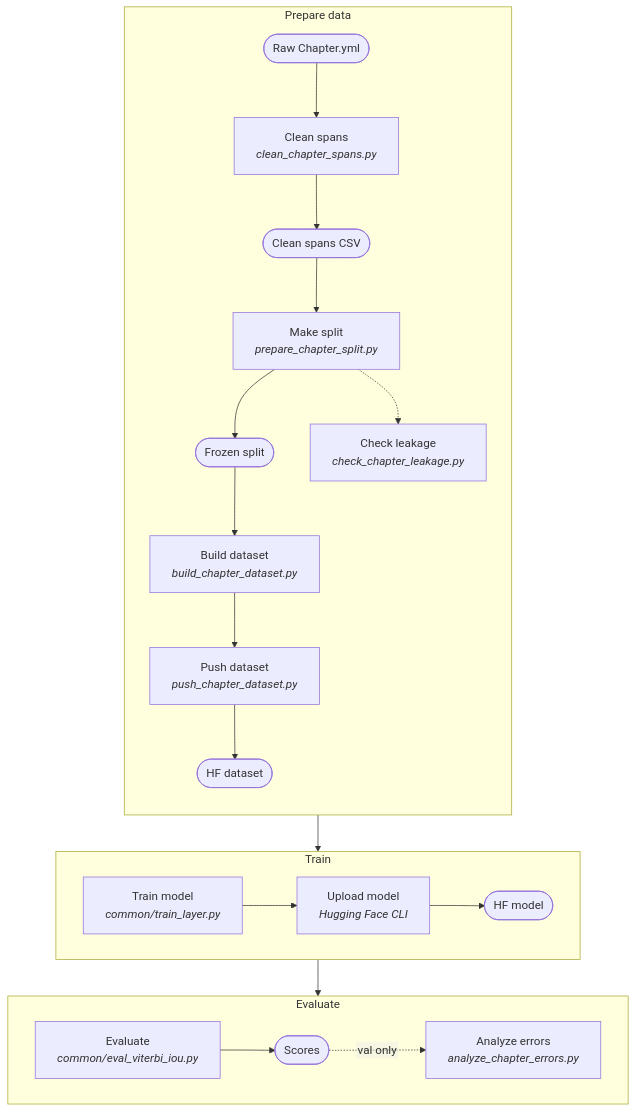
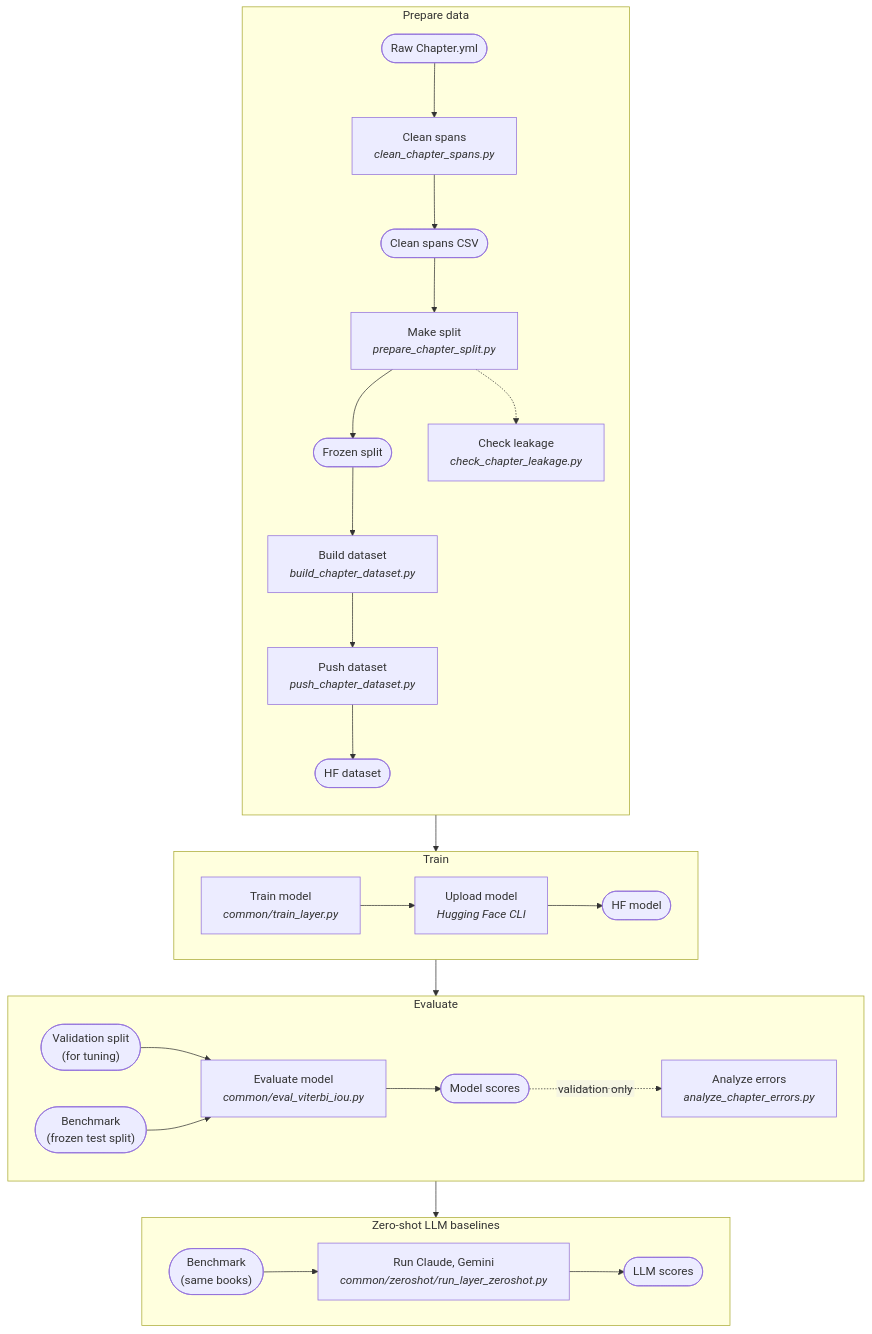
The diagram in chapter/docs/pipeline.mmd (tenzinyonten/tibetan-layer-detection), drawn with Mermaid before and after one commit. The commit also changed 2 other files, not shown here.

Commit message:
Chapter chart: show benchmark, validation and the zero-shot LLM runs

```diff
--- a/chapter/docs/pipeline.mmd
+++ b/chapter/docs/pipeline.mmd
@@ -1,25 +1,33 @@
 %%{init: {"flowchart": {"htmlLabels": false}}}%%
 flowchart TD
   subgraph PREP["Prepare data"]
     direction TB
     F1(["Raw Chapter.yml"]) --> S1["Clean spans<br/><i>clean_chapter_spans.py</i>"]
     S1 --> F2(["Clean spans CSV"])
     F2 --> S2["Make split<br/><i>prepare_chapter_split.py</i>"]
     S2 --> F3(["Frozen split"])
     F3 --> S3["Build dataset<br/><i>build_chapter_dataset.py</i>"]
     S3 --> S4["Push dataset<br/><i>push_chapter_dataset.py</i>"]
     S4 --> F4(["HF dataset"])
     S2 -.-> L["Check leakage<br/><i>check_chapter_leakage.py</i>"]
   end
   subgraph TRAIN["Train"]
     direction LR
     S5["Train model<br/><i>common/train_layer.py</i>"] --> S6["Upload model<br/><i>Hugging Face CLI</i>"]
     S6 --> F5(["HF model"])
   end
   subgraph EVAL["Evaluate"]
     direction LR
-    S7["Evaluate<br/><i>common/eval_viterbi_iou.py</i>"] --> F6(["Scores"])
-    F6 -. "val only" .-> A["Analyze errors<br/><i>analyze_chapter_errors.py</i>"]
+    V(["Validation split<br/>(for tuning)"]) --> S7["Evaluate model<br/><i>common/eval_viterbi_iou.py</i>"]
+    B(["Benchmark<br/>(frozen test split)"]) --> S7
+    S7 --> F6(["Model scores"])
+    F6 -. "validation only" .-> A["Analyze errors<br/><i>analyze_chapter_errors.py</i>"]
+  end
+  subgraph BASE["Zero-shot LLM baselines"]
+    direction LR
+    B2(["Benchmark<br/>(same books)"]) --> S8["Run Claude, Gemini<br/><i>common/zeroshot/run_layer_zeroshot.py</i>"]
+    S8 --> F7(["LLM scores"])
   end
   PREP --> TRAIN
   TRAIN --> EVAL
+  EVAL --> BASE
```
